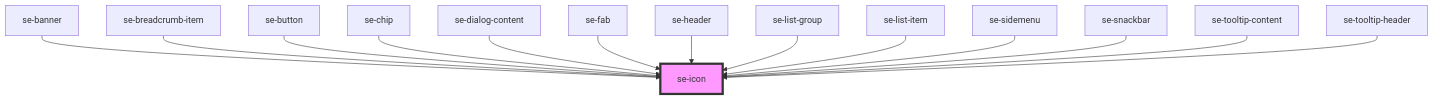
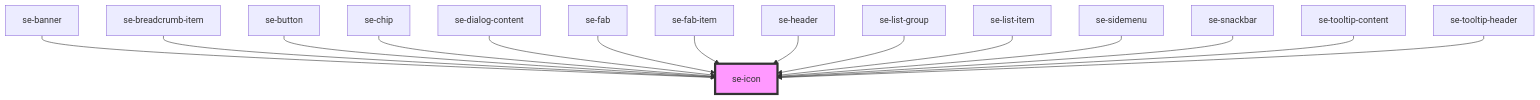
One commit to robbiemcmullense/se-web-ui changed the diagram in src-core/src/components/icon/readme.md. Above: the diagram before and after it, drawn with Mermaid. The commit also changed other lines of this file and 14 other files, not shown here.

First line of the commit message:
Se-Fab-Item (#276)

````diff
--- a/src-core/src/components/icon/readme.md
+++ b/src-core/src/components/icon/readme.md
@@ -38,17 +39,18 @@
 ```mermaid
 graph TD;
   se-banner --> se-icon
   se-breadcrumb-item --> se-icon
   se-button --> se-icon
   se-chip --> se-icon
   se-dialog-content --> se-icon
   se-fab --> se-icon
+  se-fab-item --> se-icon
   se-header --> se-icon
   se-list-group --> se-icon
   se-list-item --> se-icon
   se-sidemenu --> se-icon
   se-snackbar --> se-icon
   se-tooltip-content --> se-icon
   se-tooltip-header --> se-icon
   style se-icon fill:#f9f,stroke:#333,stroke-width:4px
 ```
````
